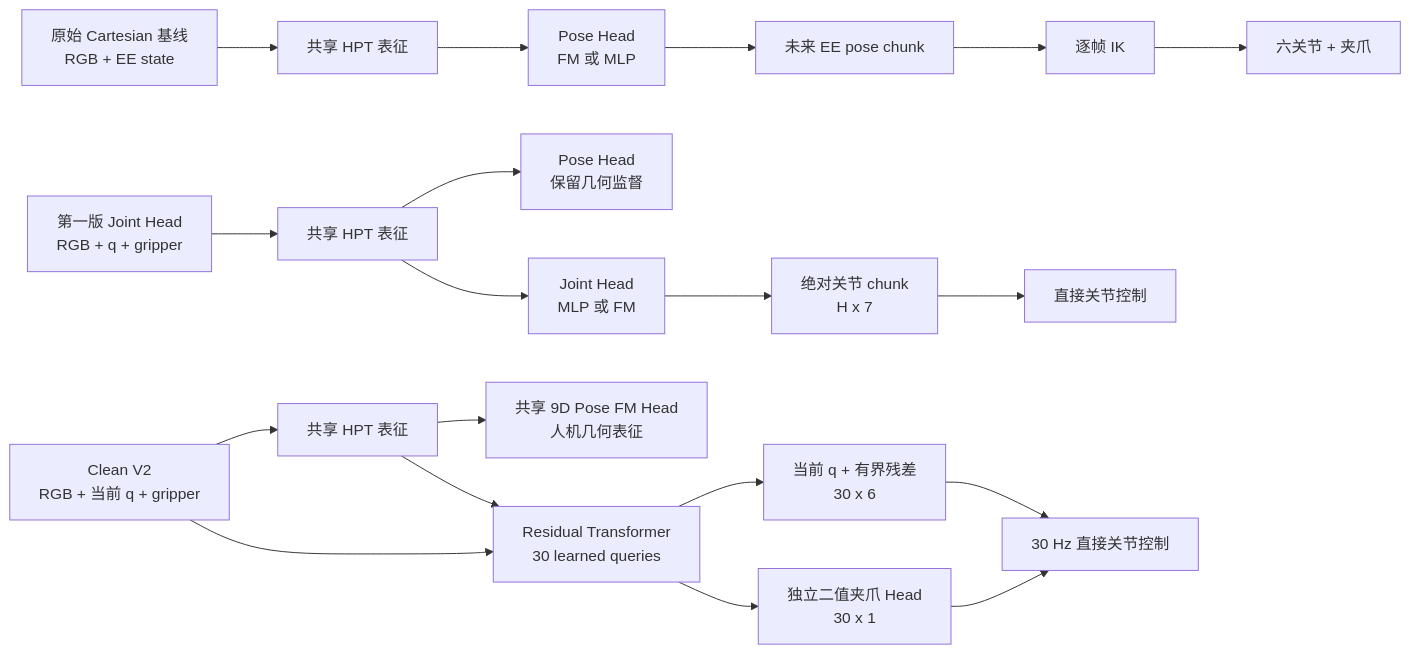
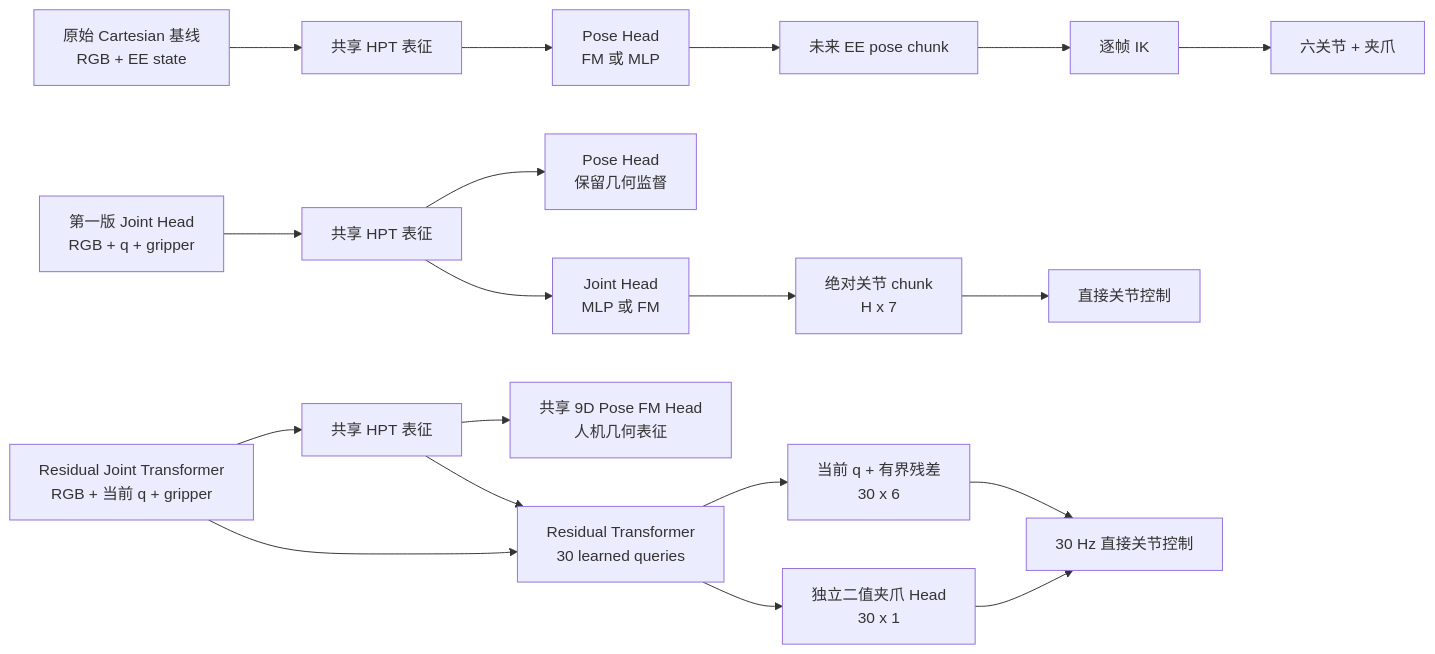
The first of 9 diagrams in docs/piper_model_architecture_evolution.md (voniu/EgoVerse), drawn with Mermaid before and after one commit. The commit also changed other lines of this file and 21 other files, not shown here.

Commit message:
refactor(piper): name residual joint transformer strategy

````diff
--- a/docs/piper_model_architecture_evolution.md
+++ b/docs/piper_model_architecture_evolution.md
@@ -15,23 +15,23 @@
 ```mermaid
 flowchart LR
     S0[原始 Cartesian 基线<br/>RGB + EE state] --> H0[共享 HPT 表征]
     H0 --> P0[Pose Head<br/>FM 或 MLP]
     P0 --> O0[未来 EE pose chunk]
     O0 --> IK[逐帧 IK]
     IK --> R0[六关节 + 夹爪]
 
     S1[第一版 Joint Head<br/>RGB + q + gripper] --> H1[共享 HPT 表征]
     H1 --> P1[Pose Head<br/>保留几何监督]
     H1 --> J1[Joint Head<br/>MLP 或 FM]
     J1 --> O1[绝对关节 chunk<br/>H x 7]
     O1 --> R1[直接关节控制]
 
-    S2[Clean V2<br/>RGB + 当前 q + gripper] --> H2[共享 HPT 表征]
+    S2[Residual Joint Transformer<br/>RGB + 当前 q + gripper] --> H2[共享 HPT 表征]
     H2 --> P2[共享 9D Pose FM Head<br/>人机几何表征]
     H2 --> J2[Residual Transformer<br/>30 learned queries]
     S2 --> J2
     J2 --> O2[当前 q + 有界残差<br/>30 x 6]
     J2 --> G2[独立二值夹爪 Head<br/>30 x 1]
     O2 --> R2[30 Hz 直接关节控制]
     G2 --> R2
 ```
````
